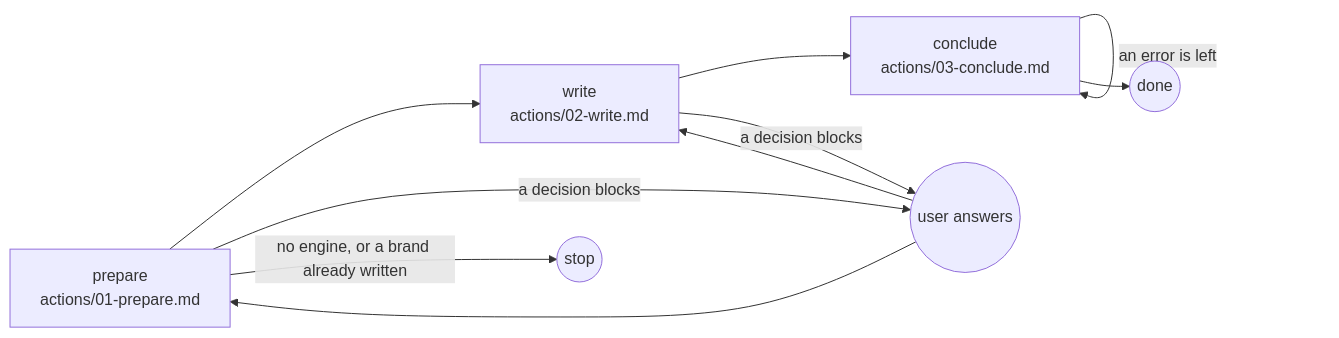
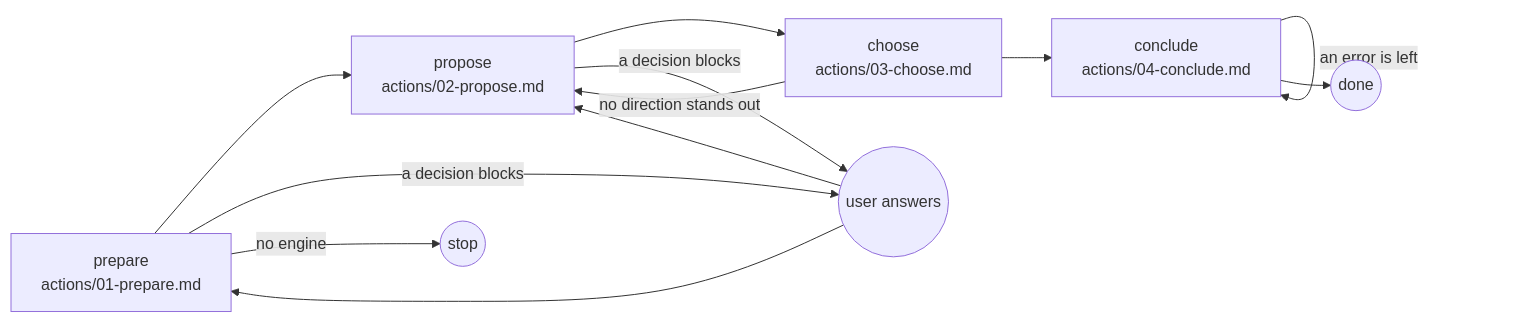
One commit to ai-driven-dev/framework changed the diagram in plugins/aidd-ui/skills/02-brand/SKILL.md. Above: the diagram before and after it, drawn with Mermaid. The commit also changed other lines of this file and 31 other files, not shown here.

````diff
--- a/plugins/aidd-ui/skills/02-brand/SKILL.md
+++ b/plugins/aidd-ui/skills/02-brand/SKILL.md
@@ -10,12 +10,14 @@
 ```mermaid
 flowchart LR
-  prepare["prepare<br>actions/01-prepare.md"] --> write["write<br>actions/02-write.md"]
-  write --> conclude["conclude<br>actions/03-conclude.md"]
+  prepare["prepare<br>actions/01-prepare.md"] --> propose["propose<br>actions/02-propose.md"]
+  propose --> choose["choose<br>actions/03-choose.md"]
+  choose --> conclude["conclude<br>actions/04-conclude.md"]
   prepare -->|"a decision blocks"| user((user answers))
-  write -->|"a decision blocks"| user
+  propose -->|"a decision blocks"| user
+  choose -->|"no direction stands out"| propose
   user --> prepare
-  user --> write
+  user --> propose
   conclude -->|"an error is left"| conclude
   conclude --> done((done))
-  prepare -->|"no engine, or a brand already written"| stop((stop))
+  prepare -->|"no engine"| stop((stop))
 ```
````
